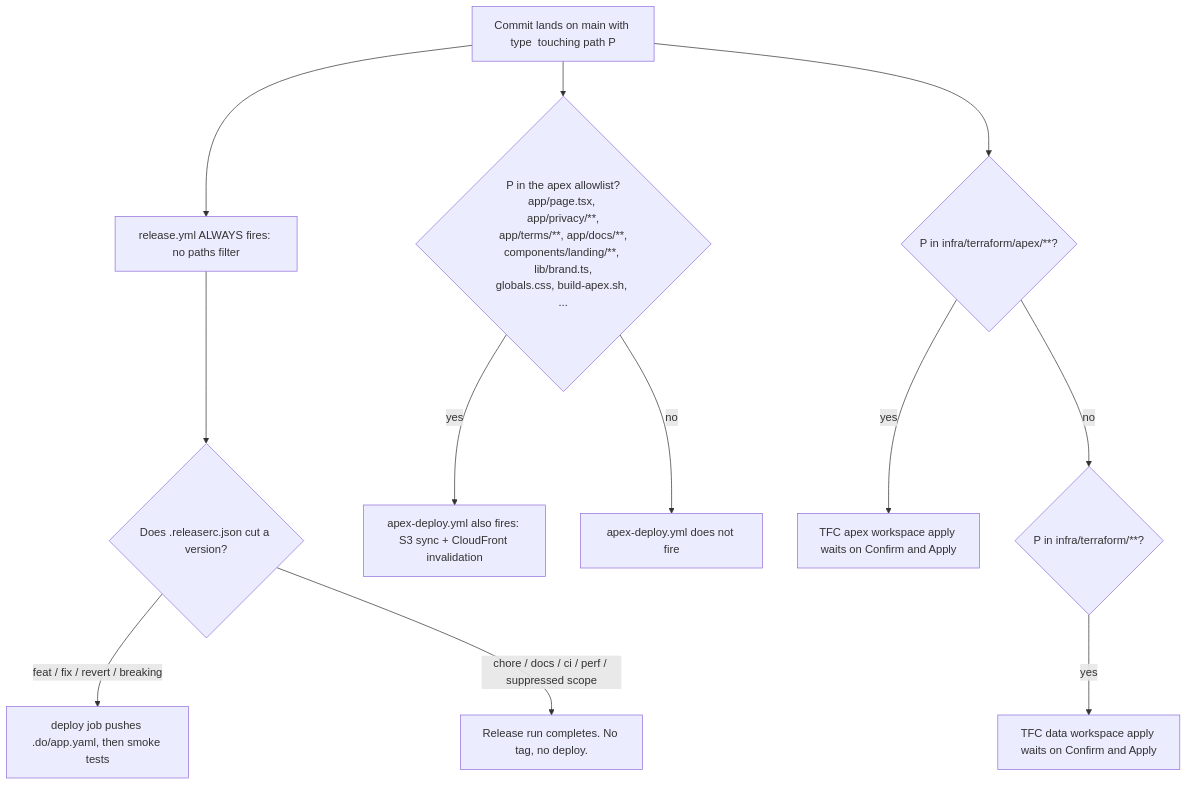
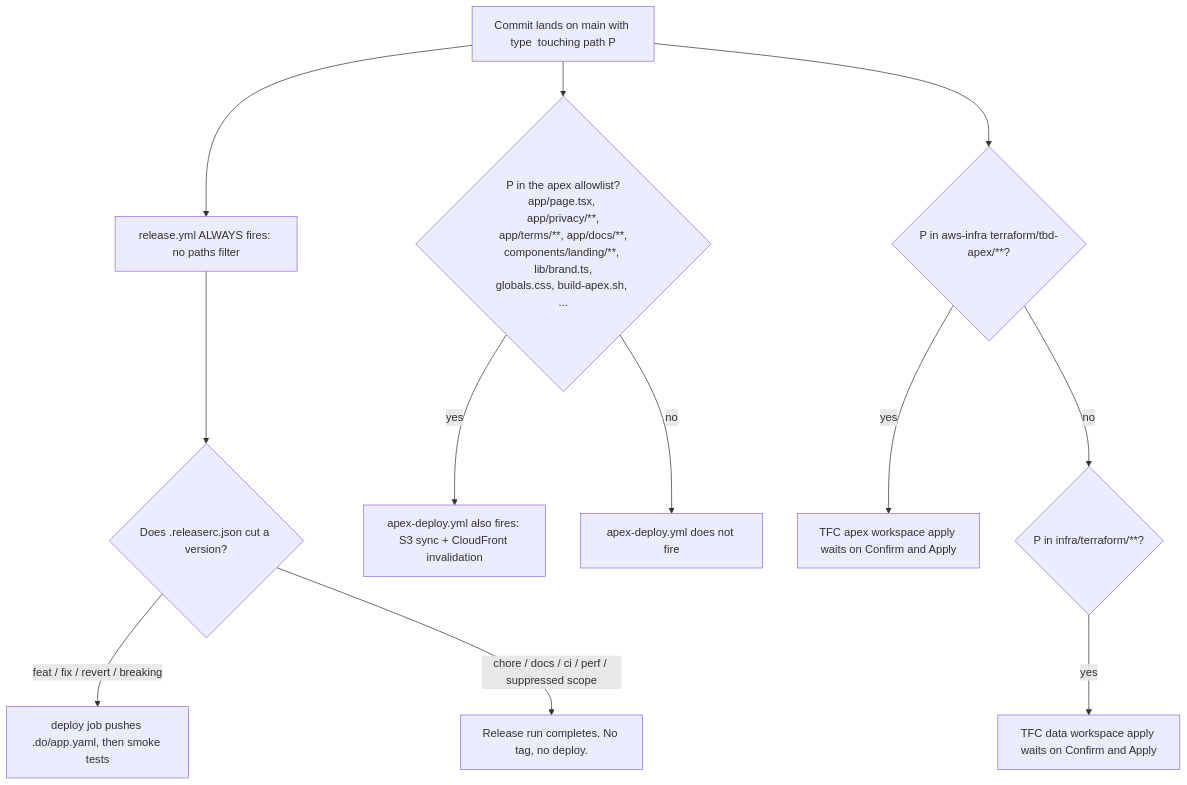
Before and after one commit to fjcloudaiconsulting/tbd: the eighth of 8 diagrams in docs/operations/DEPLOYMENT.md, drawn with Mermaid. The commit also changed other lines of this file and 31 other files, not shown here.

First line of the commit message:
chore(infra): move backups and apex Terraform to aws-infra (INFRA-18, INFRA-19)

````diff
--- a/docs/operations/DEPLOYMENT.md
+++ b/docs/operations/DEPLOYMENT.md
@@ -767,17 +767,17 @@
 ```mermaid
 flowchart TD
   start[Commit lands on main with type <type> touching path P]
   start --> rel[release.yml ALWAYS fires: no paths filter]
   rel --> semrel{Does .releaserc.json cut a version?}
   semrel -- "feat / fix / revert / breaking" --> deploy[deploy job pushes .do/app.yaml, then smoke tests]
   semrel -- "chore / docs / ci / perf / suppressed scope" --> noship[Release run completes. No tag, no deploy.]
 
   start --> apexq{P in the apex allowlist?<br/>app/page.tsx, app/privacy/**,<br/>app/terms/**, app/docs/**,<br/>components/landing/**, lib/brand.ts,<br/>globals.css, build-apex.sh, ...}
   apexq -- yes --> apex[apex-deploy.yml also fires: S3 sync + CloudFront invalidation]
   apexq -- no --> apexno[apex-deploy.yml does not fire]
 
-  start --> tf1{P in infra/terraform/apex/**?}
+  start --> tf1{P in aws-infra terraform/tbd-apex/**?}
   tf1 -- yes --> tfapex[TFC apex workspace apply waits on Confirm and Apply]
   tf1 -- no --> tf2{P in infra/terraform/**?}
   tf2 -- yes --> tfpfv[TFC data workspace apply waits on Confirm and Apply]
 ```
````
